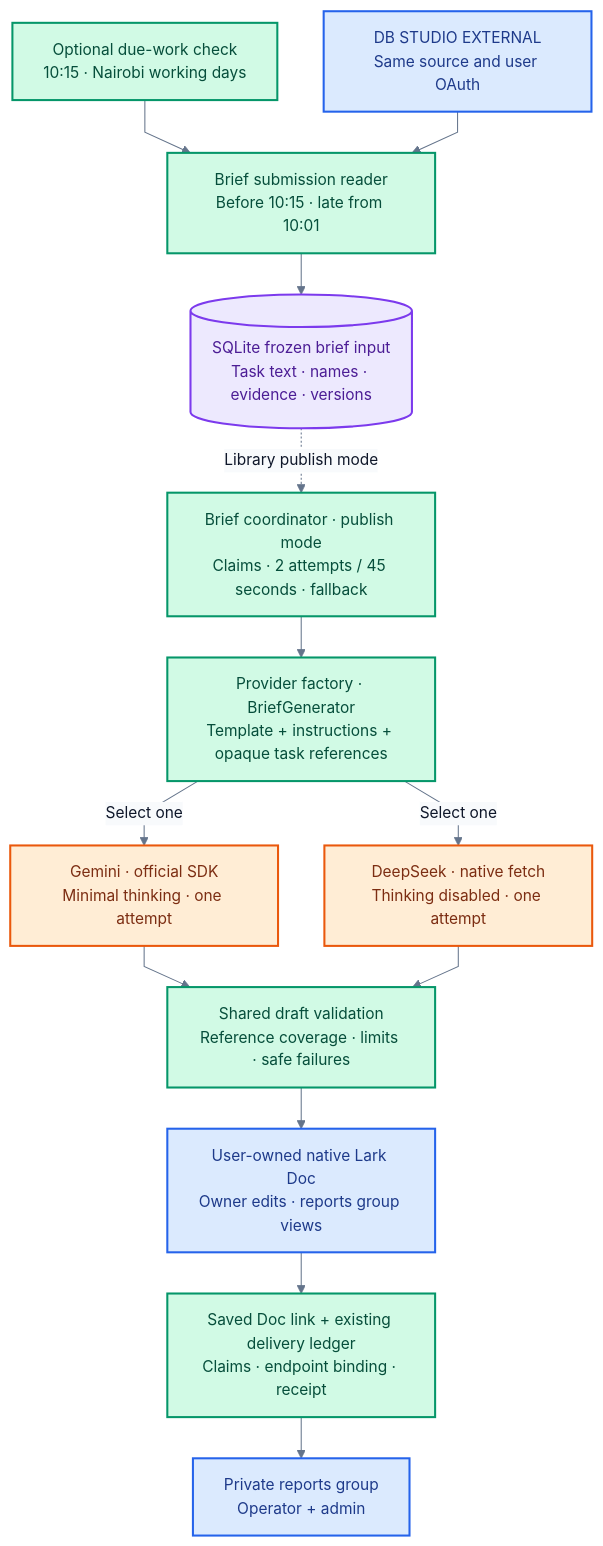
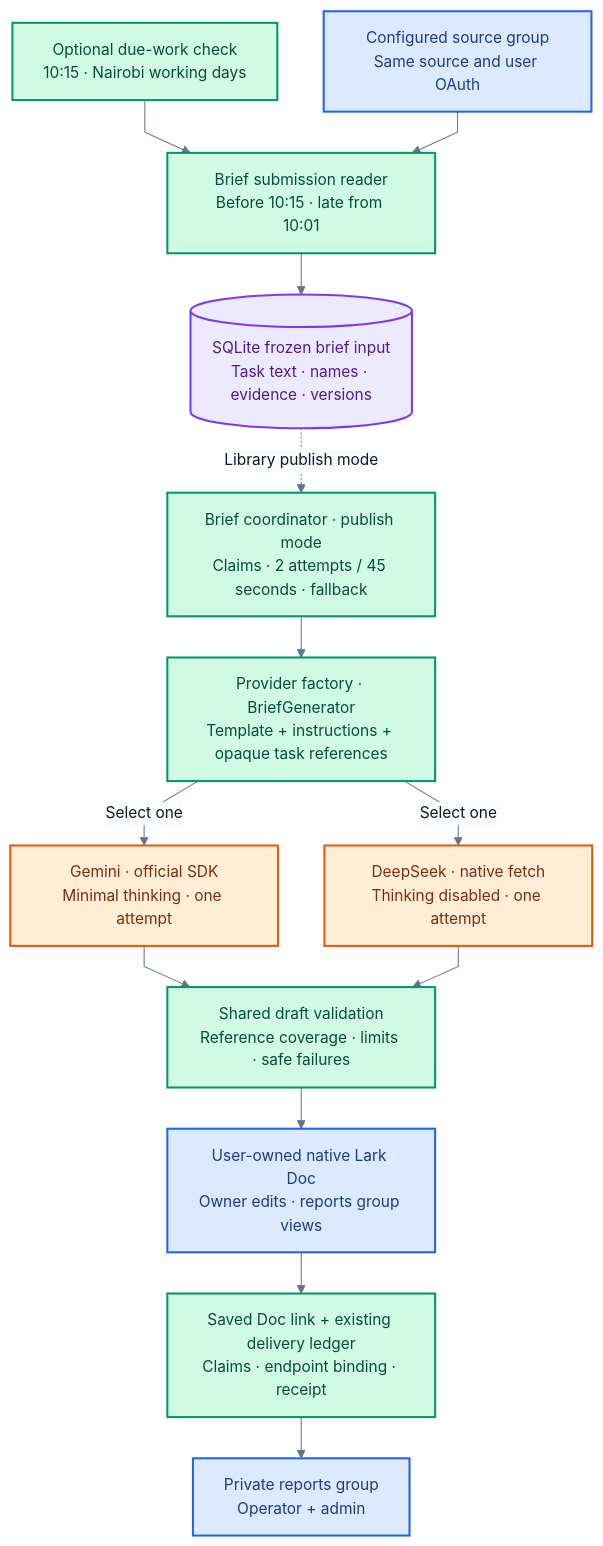
The second of 4 diagrams in README.md (mbeka02/task-list-submission-automation), drawn with Mermaid before and after one commit. The commit also changed other lines of this file and 5 other files, not shown here.

````diff
--- a/README.md
+++ b/README.md
@@ -88,35 +86,35 @@
 ```mermaid
 %%{init: {"theme":"base","themeVariables":{"fontFamily":"sans-serif","fontSize":"15px","lineColor":"#64748b","primaryTextColor":"#0f172a","edgeLabelBackground":"#f8fafc"},"flowchart":{"curve":"linear","nodeSpacing":45,"rankSpacing":40}}}%%
 flowchart TB
     SCHEDULE_AI["Optional due-work check<br/>10:15 · Nairobi working days"]:::worker
-    SOURCE_AI["DB STUDIO EXTERNAL<br/>Same source and user OAuth"]:::lark
+    SOURCE_AI["Configured source group<br/>Same source and user OAuth"]:::lark
     CAPTURE["Brief submission reader<br/>Before 10:15 · late from 10:01"]:::worker
     INPUT[("SQLite frozen brief input<br/>Task text · names · evidence · versions")]:::storage
     COORD["Brief coordinator · publish mode<br/>Claims · 2 attempts / 45 seconds · fallback"]:::worker
     SELECT["Provider factory · BriefGenerator<br/>Template + instructions + opaque task references"]:::worker
     GEMINI["Gemini · official SDK<br/>Minimal thinking · one attempt"]:::provider
     DEEPSEEK["DeepSeek · native fetch<br/>Thinking disabled · one attempt"]:::provider
     VALIDATE["Shared draft validation<br/>Reference coverage · limits · safe failures"]:::worker
     DOC["User-owned native Lark Doc<br/>Owner edits · reports group views"]:::lark
     LINK["Saved Doc link + existing delivery ledger<br/>Claims · endpoint binding · receipt"]:::worker
     ADMIN["Private reports group<br/>Operator + admin"]:::lark
 
     SCHEDULE_AI --> CAPTURE
     SOURCE_AI --> CAPTURE
     CAPTURE --> INPUT
     INPUT -.->|Library publish mode| COORD
     COORD --> SELECT
     SELECT -->|Select one| GEMINI
     SELECT -->|Select one| DEEPSEEK
     GEMINI --> VALIDATE
     DEEPSEEK --> VALIDATE
     VALIDATE --> DOC
     DOC --> LINK
     LINK --> ADMIN
 
     classDef lark fill:#dbeafe,stroke:#2563eb,color:#1e3a8a,stroke-width:2px;
     classDef worker fill:#d1fae5,stroke:#059669,color:#064e3b,stroke-width:2px;
     classDef storage fill:#ede9fe,stroke:#7c3aed,color:#4c1d95,stroke-width:2px;
     classDef provider fill:#ffedd5,stroke:#ea580c,color:#7c2d12,stroke-width:2px;
     classDef planned fill:#f1f5f9,stroke:#64748b,color:#334155,stroke-width:2px,stroke-dasharray:5 4;
 ```
````
